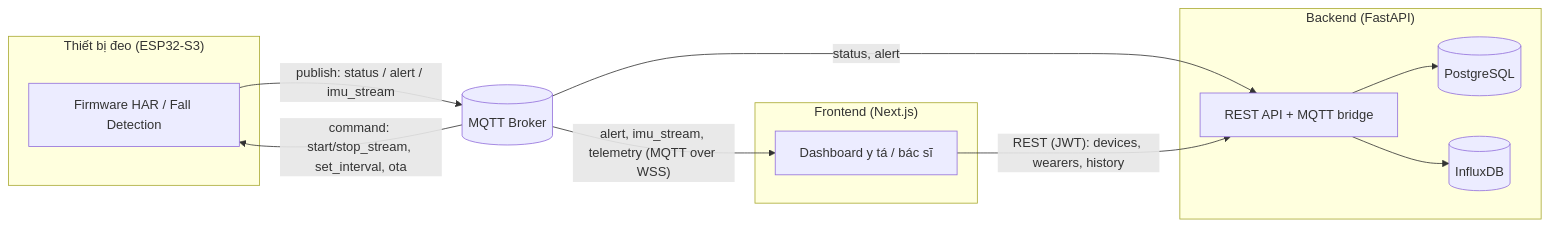
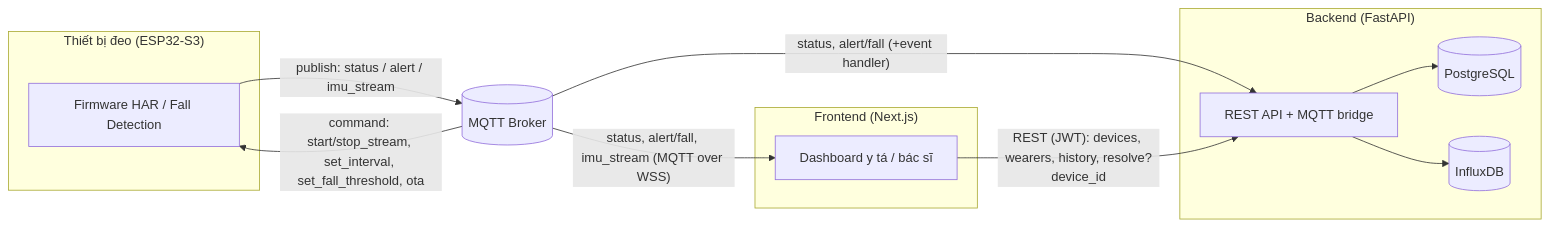
One commit to vmh714/datn_agent_skills changed the first of 4 diagrams in project_setup/architecture/system_integration.md. Above: the diagram before and after it, drawn with Mermaid. The commit also changed other lines of this file and 11 other files, not shown here.

````diff
--- a/project_setup/architecture/system_integration.md
+++ b/project_setup/architecture/system_integration.md
@@ -12,23 +12,23 @@
 ```mermaid
 flowchart LR
   subgraph Device["Thiết bị đeo (ESP32-S3)"]
     FW["Firmware HAR / Fall Detection"]
   end
   Broker[("MQTT Broker")]
   subgraph BE["Backend (FastAPI)"]
     API["REST API + MQTT bridge"]
     PG[("PostgreSQL")]
     INF[("InfluxDB")]
   end
   subgraph FE["Frontend (Next.js)"]
     UI["Dashboard y tá / bác sĩ"]
   end
 
   FW -- "publish: status / alert / imu_stream" --> Broker
-  Broker -- "command: start/stop_stream, set_interval, ota" --> FW
-  Broker -- "status, alert" --> API
+  Broker -- "command: start/stop_stream, set_interval, set_fall_threshold, ota" --> FW
+  Broker -- "status, alert/fall (+event handler)" --> API
   API --> PG
   API --> INF
-  Broker -- "alert, imu_stream, telemetry (MQTT over WSS)" --> UI
-  UI -- "REST (JWT): devices, wearers, history" --> API
+  Broker -- "status, alert/fall, imu_stream (MQTT over WSS)" --> UI
+  UI -- "REST (JWT): devices, wearers, history, resolve?device_id" --> API
 ```
````
